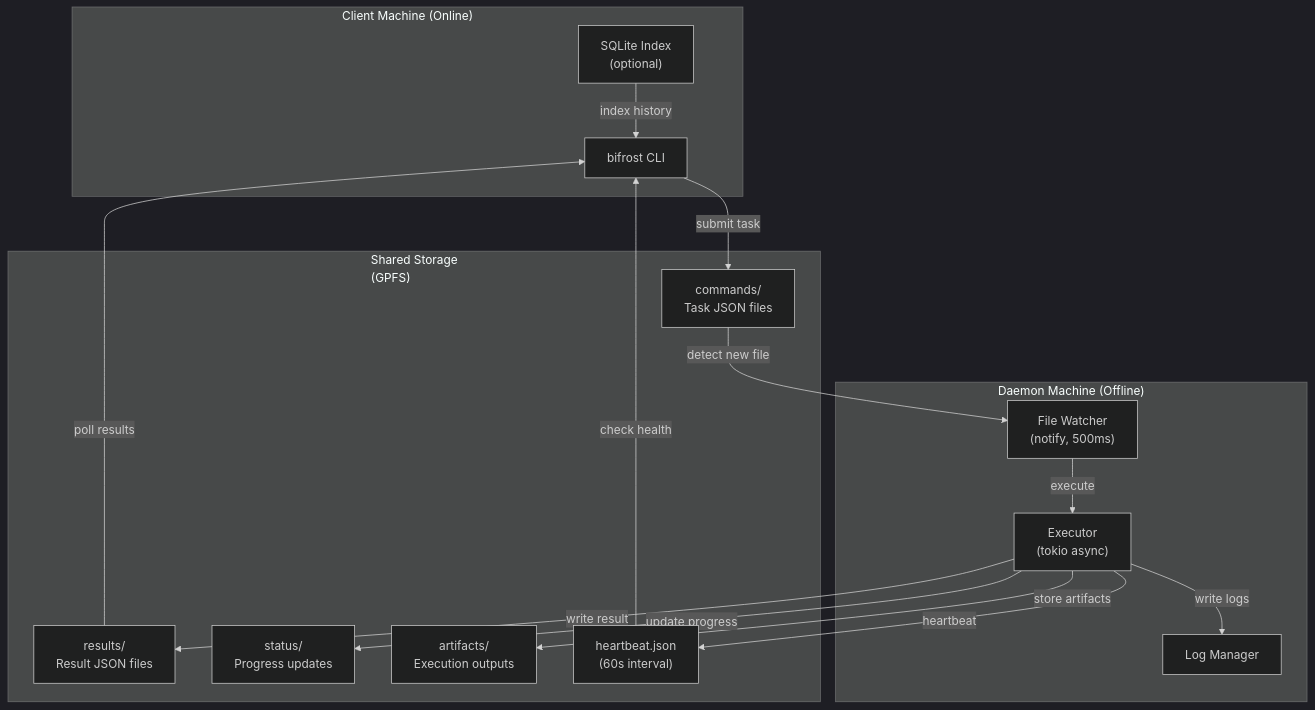
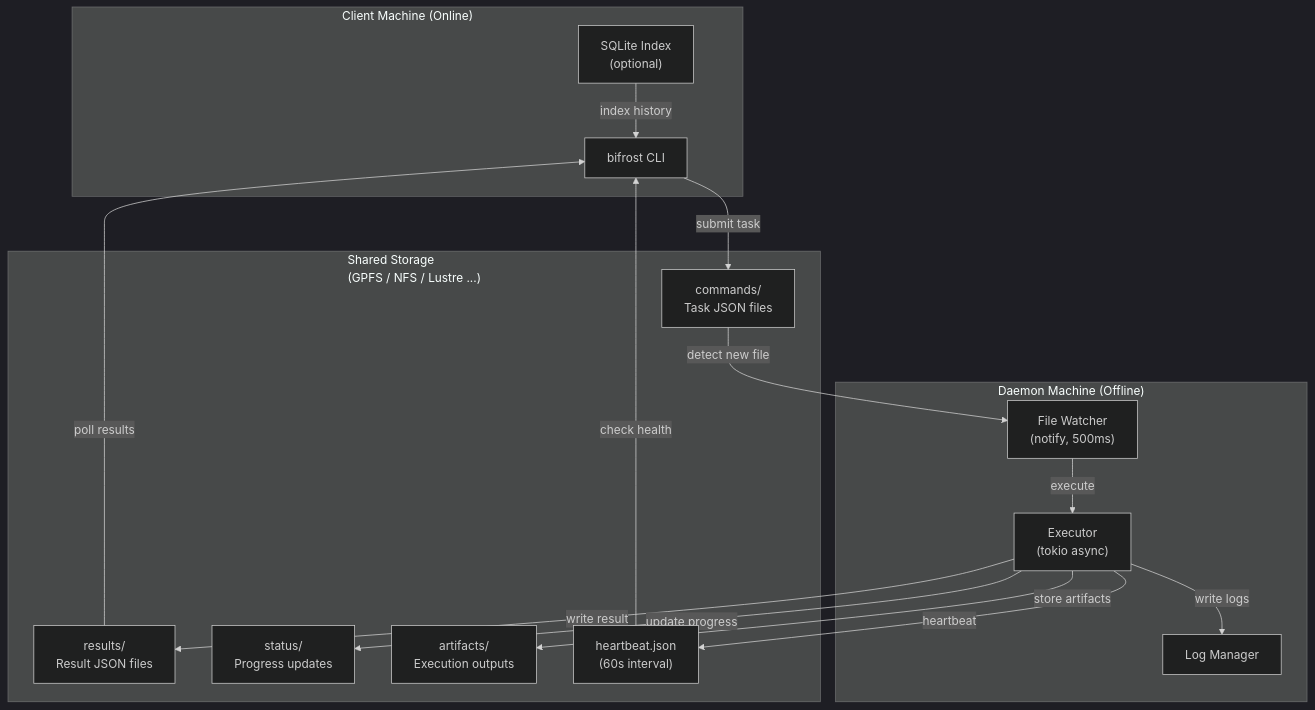
One commit to peterlau123/bifrost changed the first of 2 diagrams in README.md. Above: the diagram before and after it, drawn with Mermaid (dark theme). The commit also changed other lines of this file, not shown here.

Commit message:
docs: add note that other shared storage types (NFS, Lustre) are supported alongside GPFS

````diff
--- a/README.md
+++ b/README.md
@@ -77,33 +77,33 @@
 ```mermaid
 flowchart TB
     subgraph Client["Client Machine (Online)"]
         CLI["bifrost CLI"]
         DB["SQLite Index<br/>(optional)"]
     end
     
-    subgraph Shared["Shared Storage<br/>(GPFS)"]
+    subgraph Shared["Shared Storage<br/>(GPFS / NFS / Lustre ...)"]
         CMD["commands/<br/>Task JSON files"]
         RES["results/<br/>Result JSON files"]
         STA["status/<br/>Progress updates"]
         ART["artifacts/<br/>Execution outputs"]
         HB["heartbeat.json<br/>(60s interval)"]
     end
     
     subgraph Daemon["Daemon Machine (Offline)"]
         WT["File Watcher<br/>(notify, 500ms)"]
         EX["Executor<br/>(tokio async)"]
         LOG["Log Manager"]
     end
     
     CLI -->|"submit task"| CMD
     CMD -->|"detect new file"| WT
     WT -->|"execute"| EX
     EX -->|"write logs"| LOG
     EX -->|"write result"| RES
     EX -->|"update progress"| STA
     EX -->|"store artifacts"| ART
     EX -->|"heartbeat"| HB
     RES -->|"poll results"| CLI
     HB -->|"check health"| CLI
     DB -->|"index history"| CLI
 ```
````
